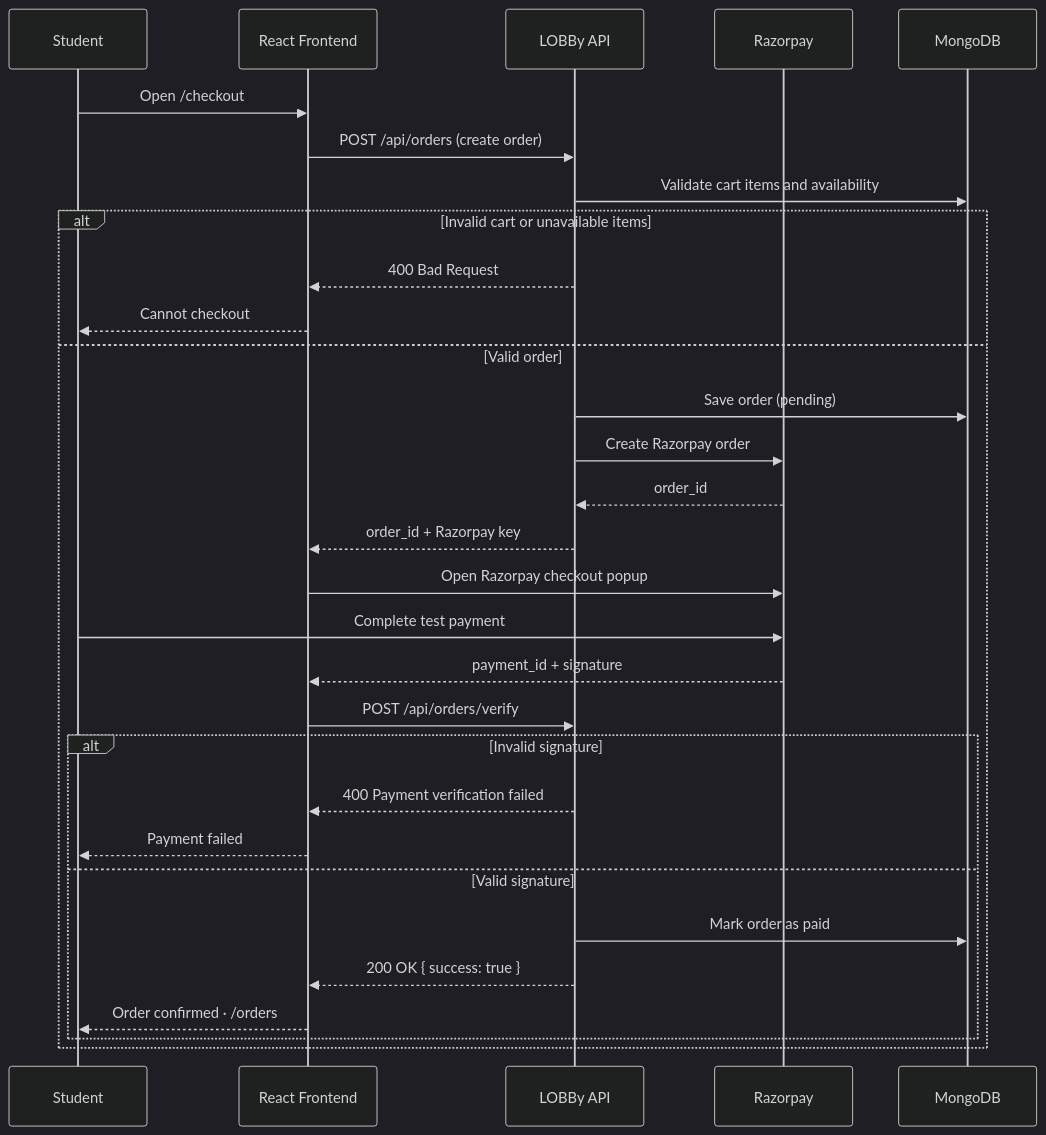
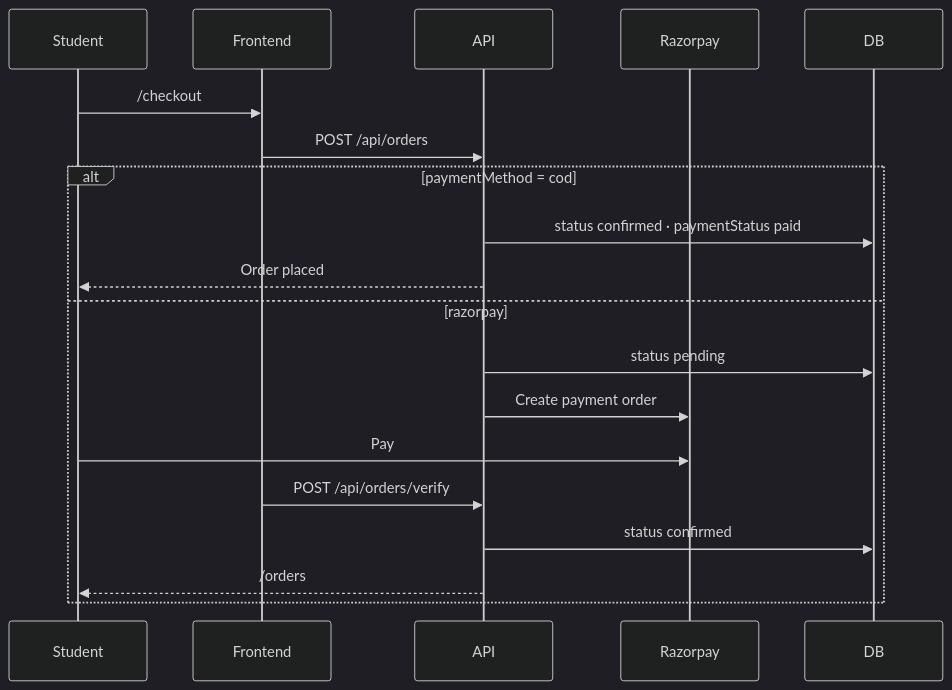
The fourth of 5 diagrams in README.md (Jinanshi9460/Lobby), drawn with Mermaid (dark theme) before and after one commit. The commit also changed other lines of this file and 25 other files, not shown here.

````diff
--- a/README.md
+++ b/README.md
@@ -145,38 +173,23 @@
 ```mermaid
 sequenceDiagram
     participant Student
-    participant Frontend as React Frontend
-    participant API as LOBBy API
+    participant Frontend
+    participant API
     participant RZ as Razorpay
-    participant DB as MongoDB
+    participant DB
 
-    Student->>Frontend: Open /checkout
-    Frontend->>API: POST /api/orders (create order)
+    Student->>Frontend: /checkout
+    Frontend->>API: POST /api/orders
 
-    API->>DB: Validate cart items and availability
-
-    alt Invalid cart or unavailable items
-        API-->>Frontend: 400 Bad Request
-        Frontend-->>Student: Cannot checkout
-    else Valid order
-        API->>DB: Save order (pending)
-        API->>RZ: Create Razorpay order
-        RZ-->>API: order_id
-        API-->>Frontend: order_id + Razorpay key
-
-        Frontend->>RZ: Open Razorpay checkout popup
-        Student->>RZ: Complete test payment
-        RZ-->>Frontend: payment_id + signature
-
+    alt paymentMethod = cod
+        API->>DB: status confirmed · paymentStatus paid
+        API-->>Student: Order placed
+    else razorpay
+        API->>DB: status pending
+        API->>RZ: Create payment order
+        Student->>RZ: Pay
         Frontend->>API: POST /api/orders/verify
-
-        alt Invalid signature
-            API-->>Frontend: 400 Payment verification failed
-            Frontend-->>Student: Payment failed
-        else Valid signature
-            API->>DB: Mark order as paid
-            API-->>Frontend: 200 OK { success: true }
-            Frontend-->>Student: Order confirmed · /orders
-        end
+        API->>DB: status confirmed
+        API-->>Student: /orders
     end
 ```
````
